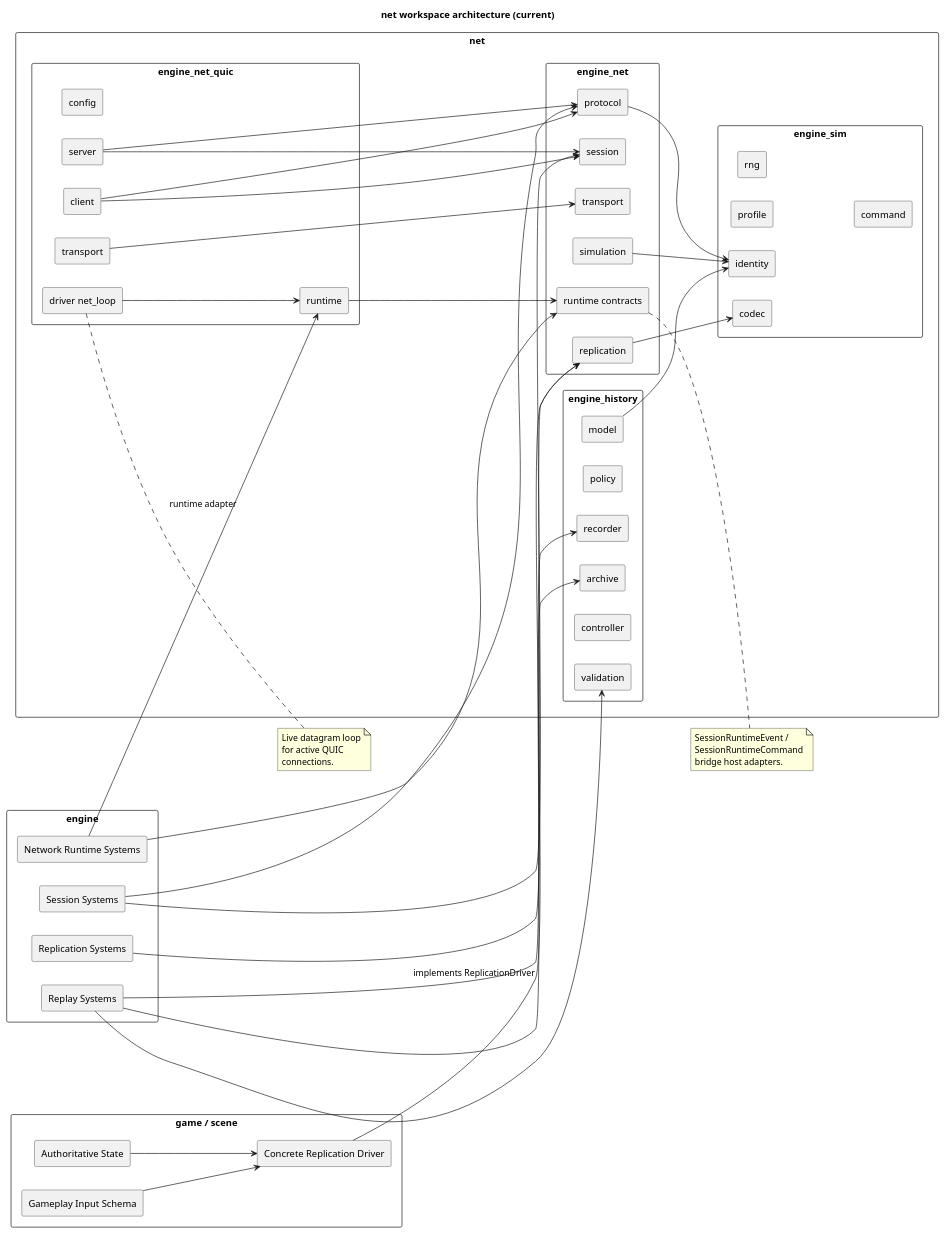
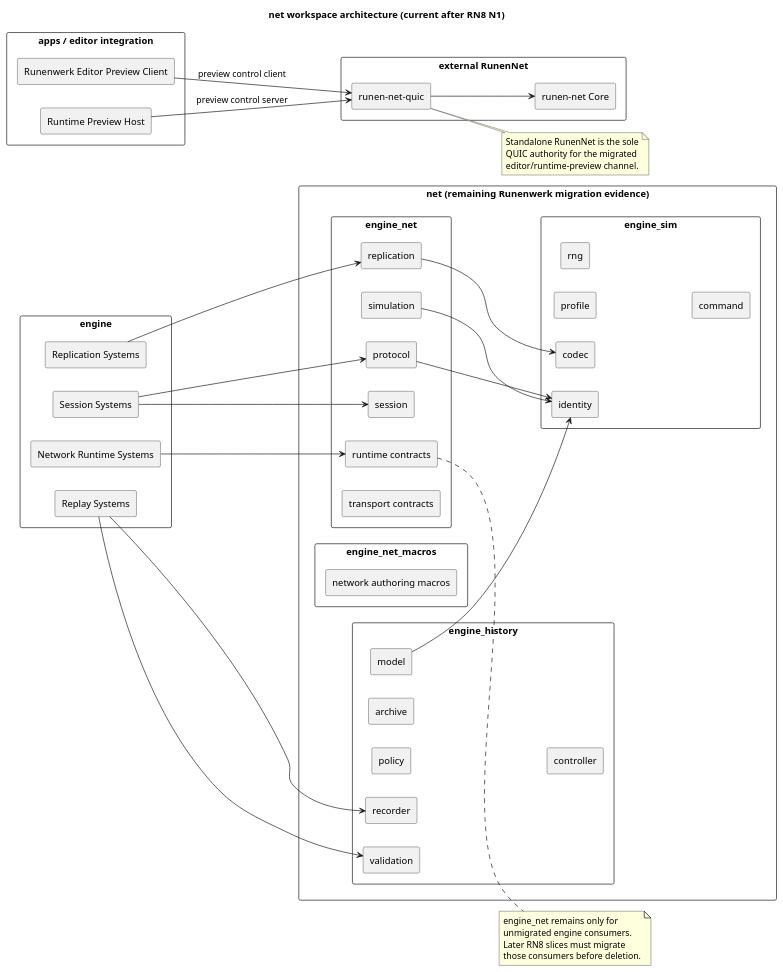
Before and after one commit to dornglut/runenwerk: the diagram in net/architecture.puml, drawn with PlantUML. The commit also changed 5 other files, not shown here.

Commit message:
docs: align networking authority after N1 cut

```diff
--- a/net/architecture.puml
+++ b/net/architecture.puml
@@ -1,97 +1,86 @@
 @startuml
-title net workspace architecture (current)
+title net workspace architecture (current after RN8 N1)
 
 skinparam componentStyle rectangle
 skinparam packageStyle rectangle
 left to right direction
 
-package "game / scene" {
-  [Concrete Replication Driver] as game_driver
-  [Gameplay Input Schema] as game_input
-  [Authoritative State] as game_state
+package "apps / editor integration" {
+  [Runenwerk Editor Preview Client] as preview_client
+  [Runtime Preview Host] as preview_host
 }
 
 package "engine" {
   [Network Runtime Systems] as engine_runtime
   [Replication Systems] as engine_replication
   [Session Systems] as engine_session
   [Replay Systems] as engine_replay
 }
 
-package "net" {
+package "external RunenNet" {
+  [runen-net Core] as runennet_core
+  [runen-net-quic] as runennet_quic
+}
+
+package "net (remaining Runenwerk migration evidence)" {
   package "engine_sim" {
     [profile] as sim_profile
     [identity] as sim_identity
     [rng] as sim_rng
     [command] as sim_command
     [codec] as sim_codec
   }
 
   package "engine_net" {
     [protocol] as net_protocol
     [session] as net_session
     [replication] as net_replication
     [runtime contracts] as net_runtime
     [simulation] as net_simulation
-    [transport] as net_transport
+    [transport contracts] as net_transport
   }
 
-  package "engine_net_quic" {
-    [config] as quic_config
-    [transport] as quic_transport
-    [runtime] as quic_runtime
-    [client] as quic_client
-    [server] as quic_server
-    [driver net_loop] as quic_driver
+  package "engine_net_macros" {
+    [network authoring macros] as net_macros
   }
 
   package "engine_history" {
     [model] as history_model
     [policy] as history_policy
     [archive] as history_archive
     [recorder] as history_recorder
     [controller] as history_controller
     [validation] as history_validation
   }
 }
 
-game_input --> game_driver
-game_state --> game_driver
-game_driver --> net_replication : implements ReplicationDriver
+preview_client --> runennet_quic : preview control client
+preview_host --> runennet_quic : preview control server
+runennet_quic --> runennet_core
 
 engine_runtime --> net_runtime
 engine_replication --> net_replication
 engine_session --> net_protocol
 engine_session --> net_session
 engine_replay --> history_recorder
 engine_replay --> history_validation
 
-quic_client --> net_protocol
-quic_client --> net_session
-quic_server --> net_protocol
-quic_server --> net_session
-quic_runtime --> net_runtime
-quic_transport --> net_transport
-quic_driver --> quic_runtime
-
 net_protocol --> sim_identity
 net_simulation --> sim_identity
 net_replication --> sim_codec
 history_model --> sim_identity
 
-engine_runtime --> quic_runtime : runtime adapter
-engine_replay --> history_archive
-
-note right of quic_driver
-Live datagram loop
-for active QUIC
-connections.
+note right of runennet_quic
+Standalone RunenNet is the sole
+QUIC authority for the migrated
+editor/runtime-preview channel.
 end note
 
 note right of net_runtime
-SessionRuntimeEvent /
-SessionRuntimeCommand
-bridge host adapters.
+engine_net remains only for
+unmigrated engine consumers.
+Later RN8 slices must migrate
+those consumers before deletion.
 end note
 
 @enduml
```
